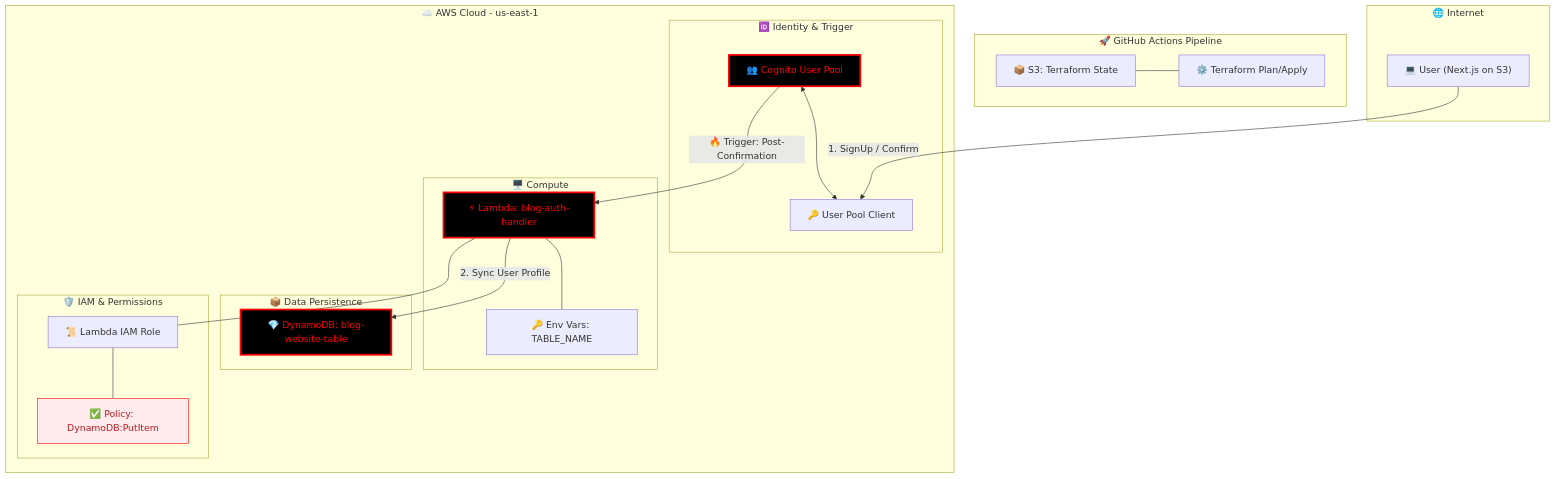
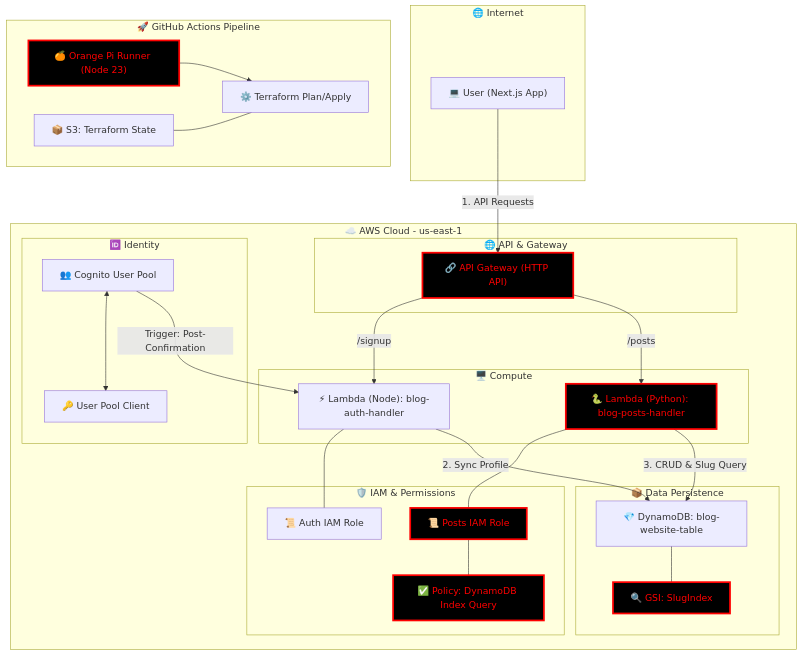
The diagram in README.md (capistran-lab/blog-iac), drawn with Mermaid before and after one commit. The commit also changed 2 other files, not shown here.

Commit message:
infra: new lambdaPosts,iamPosts and a s3 placeHolder

````diff
--- a/README.md
+++ b/README.md
@@ -33,51 +33,64 @@
 ```mermaid
-   graph TD
+graph TD
     subgraph External_User [🌐 Internet]
-        User["💻 User (Next.js on S3)"]
+        User["💻 User (Next.js App)"]
     end
 
     subgraph GitHub_Actions [🚀 GitHub Actions Pipeline]
+        Runner["🍊 Orange Pi Runner (Node 23)"]
         B["⚙️ Terraform Plan/Apply"]
+        Runner --> B
         S1["📦 S3: Terraform State"] --- B
     end
 
     subgraph AWS_Cloud [☁️ AWS Cloud - us-east-1]
 
-        subgraph Auth_Identity [🆔 Identity & Trigger]
+        subgraph Entry_Point [🌐 API & Gateway]
+            AGW["🔗 API Gateway (HTTP API)"]
+        end
+
+        subgraph Auth_Identity [🆔 Identity]
             I["👥 Cognito User Pool"]
             J["🔑 User Pool Client"]
-
             I <--> J
         end
 
         subgraph Compute_Layer [🖥️ Compute]
-            L["⚡ Lambda: blog-auth-handler"]
-            L_ENV["🔑 Env Vars: TABLE_NAME"]
+            L_AUTH["⚡ Lambda (Node): blog-auth-handler"]
+            L_POSTS["🐍 Lambda (Python): blog-posts-handler"]
 
-            I -- "🔥 Trigger: Post-Confirmation" --> L
-            L --- L_ENV
+            I -- "Trigger: Post-Confirmation" --> L_AUTH
         end
 
         subgraph Storage_Layer [📦 Data Persistence]
             DB["💎 DynamoDB: blog-website-table"]
+            GSI["🔍 GSI: SlugIndex"]
+            DB --- GSI
         end
 
         subgraph IAM_Control [🛡️ IAM & Permissions]
-            Role["📜 Lambda IAM Role"]
-            Pol["✅ Policy: DynamoDB:PutItem"]
-            Role --- Pol
-            L --- Role
+            RoleA["📜 Auth IAM Role"]
+            RoleP["📜 Posts IAM Role"]
+            PolP["✅ Policy: DynamoDB Index Query"]
+
+            L_AUTH --- RoleA
+            L_POSTS --- RoleP
+            RoleP --- PolP
         end
-
     end
 
     %% Flow Connections
-    User -- "1. SignUp / Confirm" --> J
-    L -- "2. Sync User Profile" --> DB
+    User -- "1. API Requests" --> AGW
+    AGW -- "/signup" --> L_AUTH
+    AGW -- "/posts" --> L_POSTS
+    L_AUTH -- "2. Sync Profile" --> DB
+    L_POSTS -- "3. CRUD & Slug Query" --> DB
 
-    %% Highlighted Changes (RED)
-    style I fill:#000,stroke:#ff0000,stroke-width:3px,color:#ff0000
-    style L fill:#000,stroke:#ff0000,stroke-width:3px,color:#ff0000
-    style DB fill:#000,stroke:#ff0000,stroke-width:3px,color:#ff0000
-    style Pol fill:#ffebee,stroke:#ff0000,stroke-width:1px,color:#b71c1c
+    %% Highlighted Changes (RED) for the new Post Infrastructure
+    style AGW fill:#000,stroke:#ff0000,stroke-width:3px,color:#ff0000
+    style L_POSTS fill:#000,stroke:#ff0000,stroke-width:3px,color:#ff0000
+    style RoleP fill:#000,stroke:#ff0000,stroke-width:3px,color:#ff0000
+    style PolP fill:#000,stroke:#ff0000,stroke-width:3px,color:#ff0000
+    style GSI fill:#000,stroke:#ff0000,stroke-width:3px,color:#ff0000
+    style Runner fill:#000,stroke:#ff0000,stroke-width:3px,color:#ff0000
 ```
````
